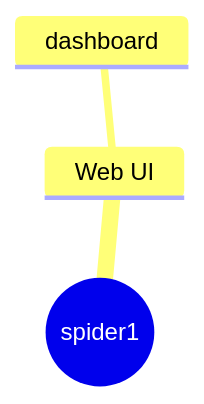
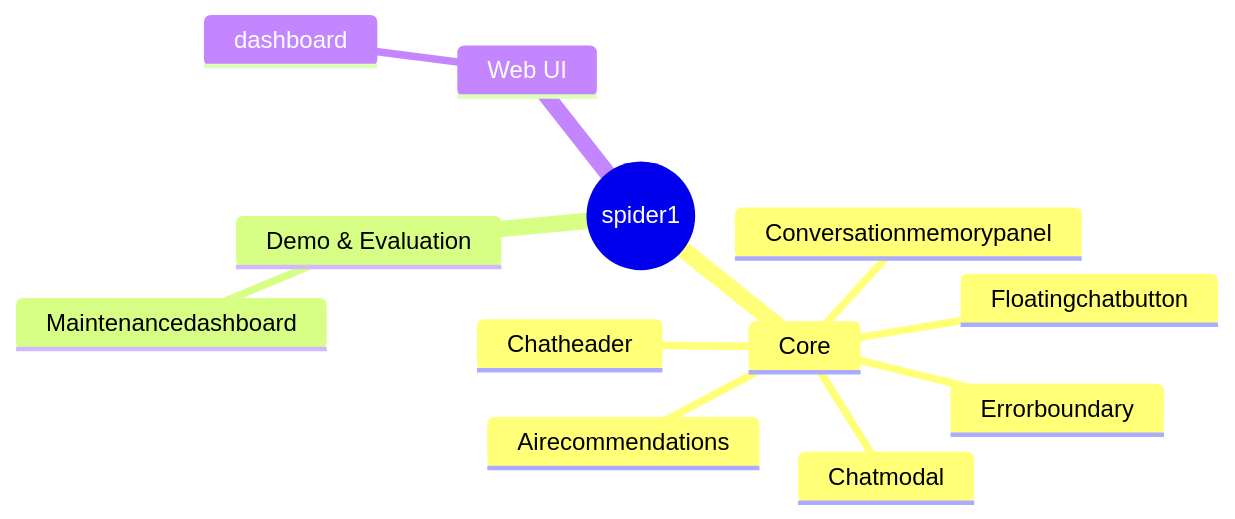
The fourth of 4 diagrams in README.md (Punyamittal/spider1), drawn with Mermaid before and after one commit. The commit also changed other lines of this file, not shown here.

````diff
--- a/README.md
+++ b/README.md
@@ -206,6 +275,15 @@
 ```mermaid
 mindmap
   root((spider1))
+    Core
+      Airecommendations
+      Chatheader
+      Chatmodal
+      Conversationmemorypanel
+      Errorboundary
+      Floatingchatbutton
+    Demo & Evaluation
+      Maintenancedashboard
     Web UI
       dashboard
 ```
````
